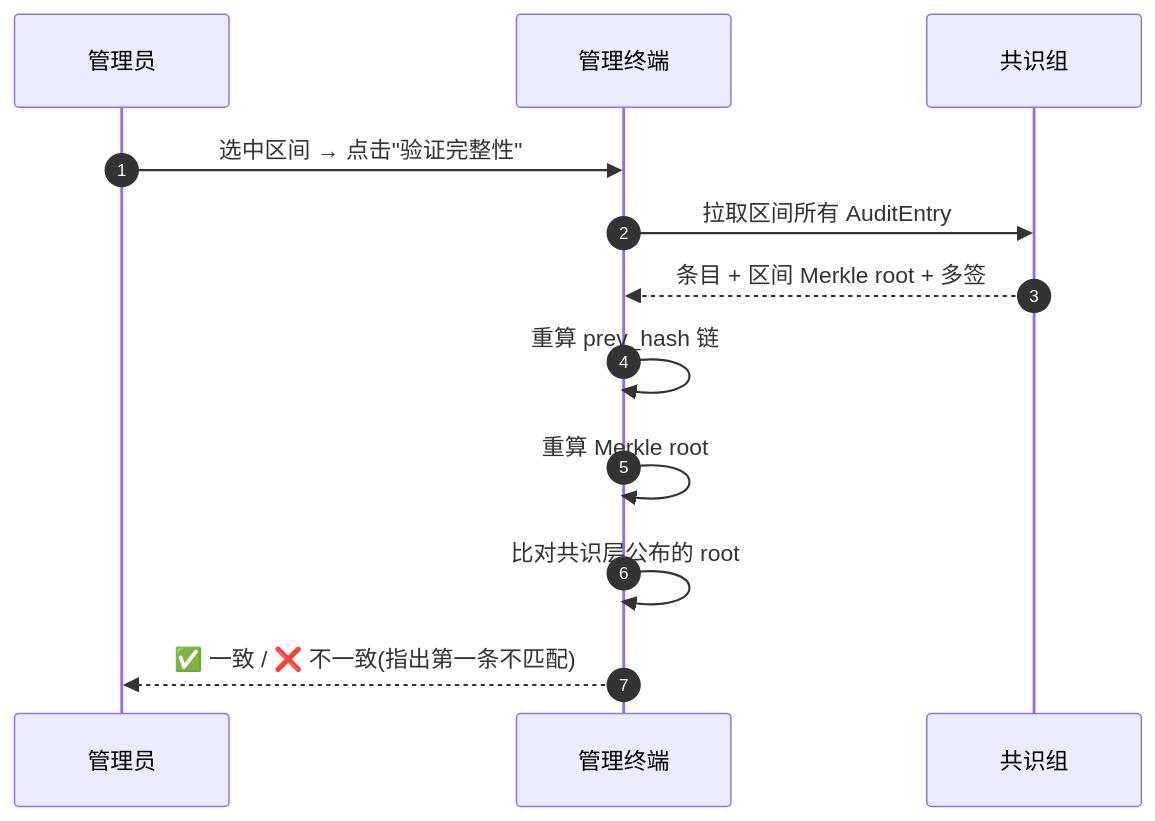
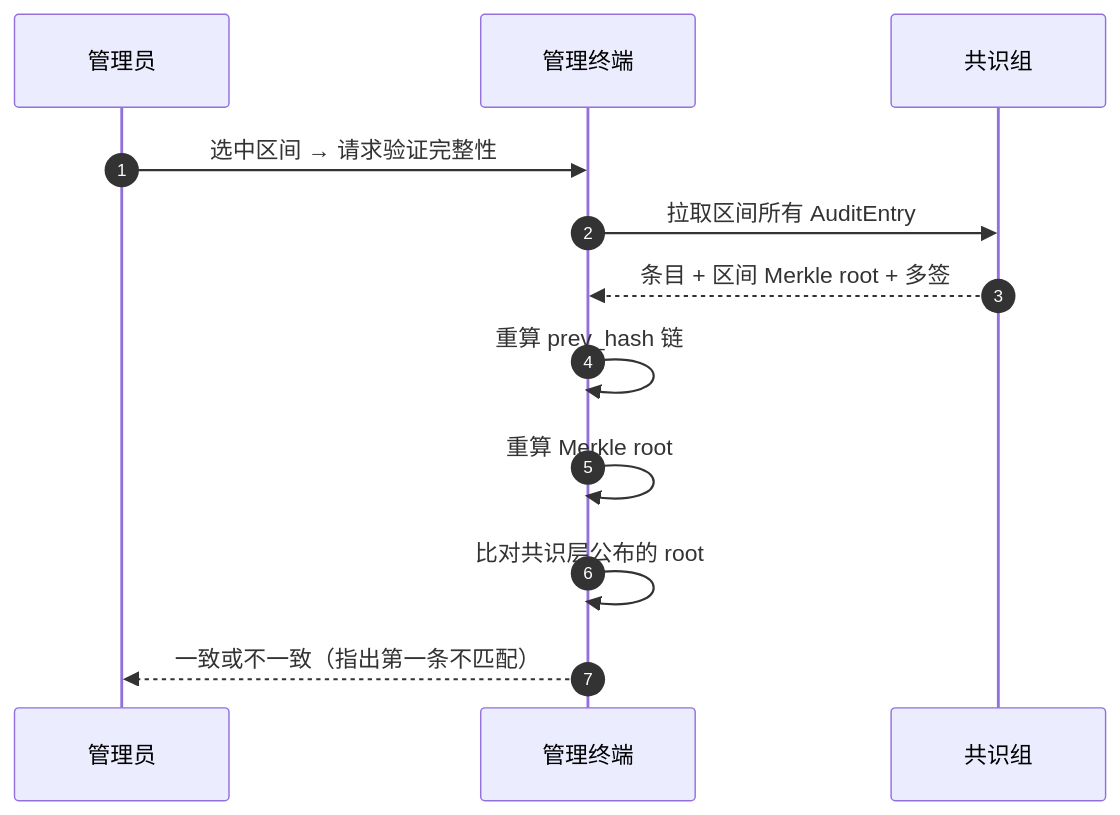
Before and after one commit to JLUCraft/docs: the third of 3 diagrams in pages/components/manager/governance.md, drawn with Mermaid. The commit also changed other lines of this file and 26 other files, not shown here.

````diff
--- a/pages/components/manager/governance.md
+++ b/pages/components/manager/governance.md
@@ -156,15 +110,15 @@
 ```mermaid
 sequenceDiagram
     autonumber
     participant Op as 管理员
     participant App as 管理终端
     participant Cons as 共识组
 
-    Op->>App: 选中区间 → 点击"验证完整性"
+    Op->>App: 选中区间 → 请求验证完整性
     App->>Cons: 拉取区间所有 AuditEntry
     Cons-->>App: 条目 + 区间 Merkle root + 多签
     App->>App: 重算 prev_hash 链
     App->>App: 重算 Merkle root
     App->>App: 比对共识层公布的 root
-    App-->>Op: ✅ 一致 / ❌ 不一致(指出第一条不匹配)
+    App-->>Op: 一致或不一致（指出第一条不匹配）
 ```
````
